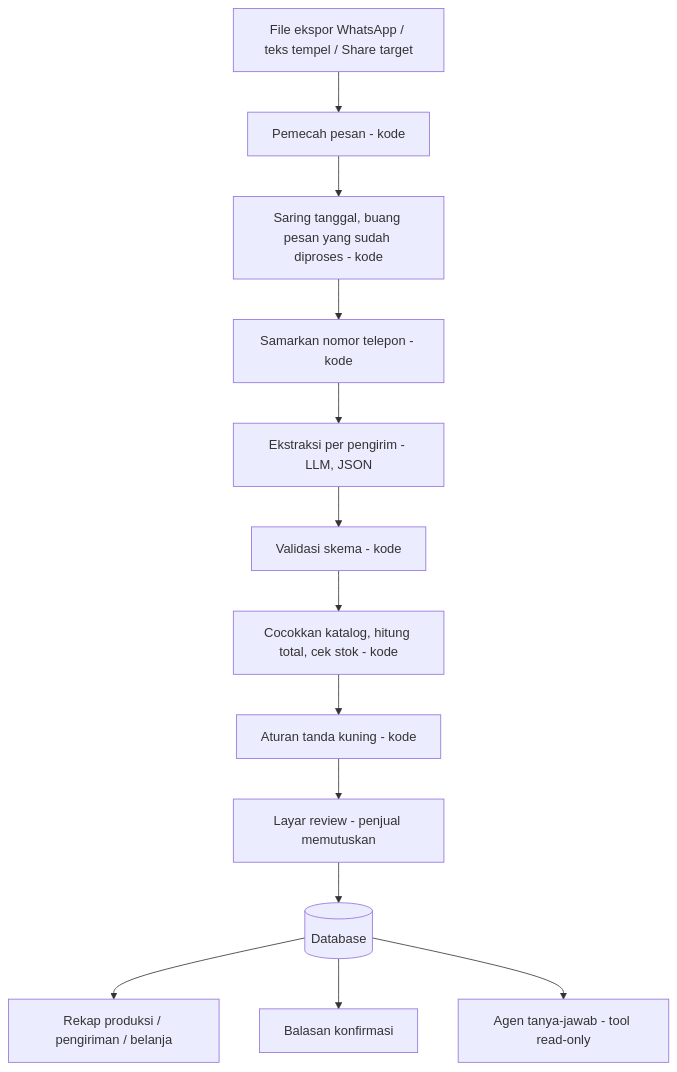
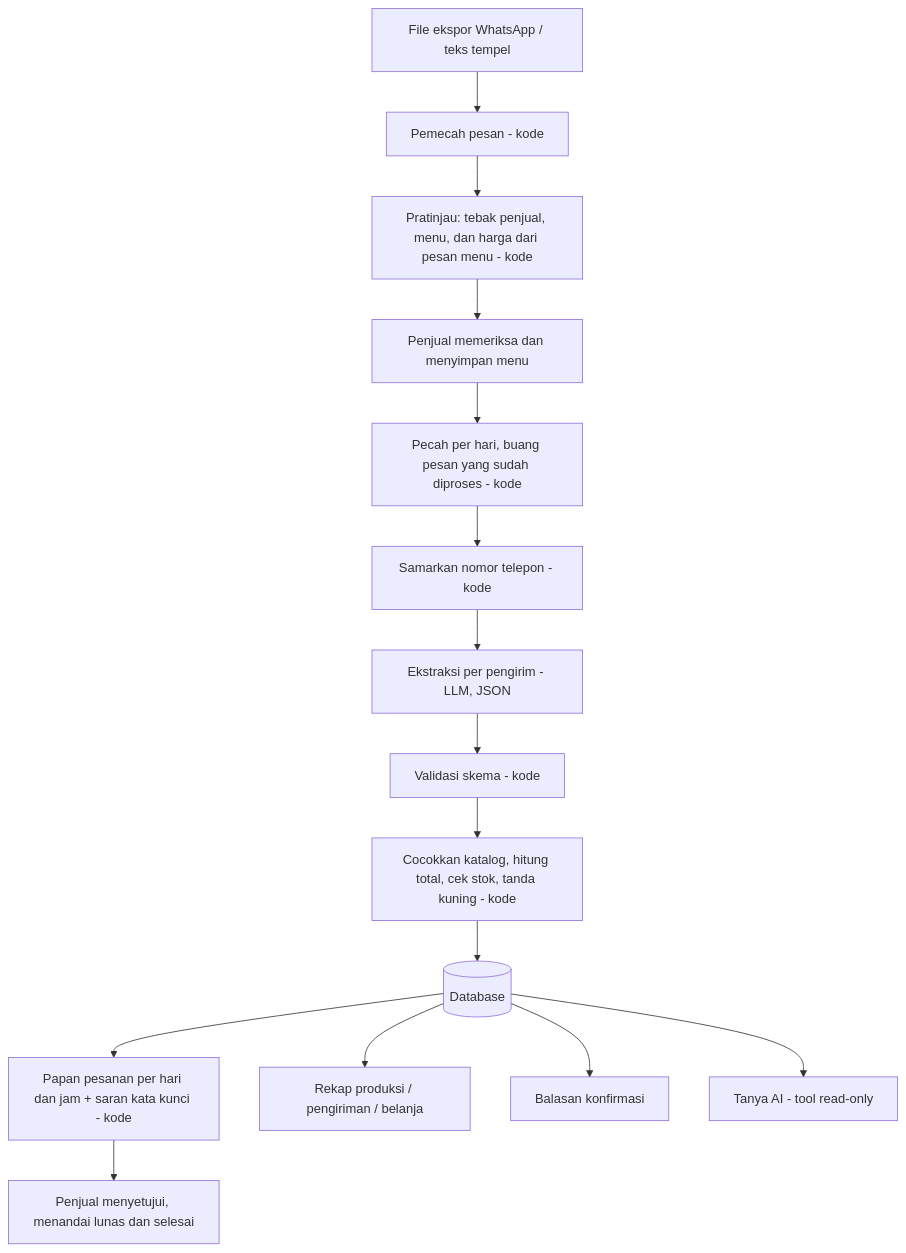
The diagram in README.md (Baswara06/Rekapesan), drawn with Mermaid before and after one commit. The commit also changed other lines of this file, not shown here.

````diff
--- a/README.md
+++ b/README.md
@@ -140,15 +165,17 @@
 ```mermaid
 flowchart TD
-    A[File ekspor WhatsApp / teks tempel / Share target] --> B[Pemecah pesan - kode]
-    B --> C[Saring tanggal, buang pesan yang sudah diproses - kode]
-    C --> D[Samarkan nomor telepon - kode]
-    D --> E[Ekstraksi per pengirim - LLM, JSON]
-    E --> F[Validasi skema - kode]
-    F --> G[Cocokkan katalog, hitung total, cek stok - kode]
-    G --> H[Aturan tanda kuning - kode]
-    H --> I[Layar review - penjual memutuskan]
+    A[File ekspor WhatsApp / teks tempel] --> B[Pemecah pesan - kode]
+    B --> C[Pratinjau: tebak penjual, menu, dan harga dari pesan menu - kode]
+    C --> D[Penjual memeriksa dan menyimpan menu]
+    D --> E[Pecah per hari, buang pesan yang sudah diproses - kode]
+    E --> F[Samarkan nomor telepon - kode]
+    F --> G[Ekstraksi per pengirim - LLM, JSON]
+    G --> H[Validasi skema - kode]
+    H --> I[Cocokkan katalog, hitung total, cek stok, tanda kuning - kode]
     I --> J[(Database)]
-    J --> K[Rekap produksi / pengiriman / belanja]
-    J --> L[Balasan konfirmasi]
-    J --> M[Agen tanya-jawab - tool read-only]
+    J --> K[Papan pesanan per hari dan jam + saran kata kunci - kode]
+    K --> L[Penjual menyetujui, menandai lunas dan selesai]
+    J --> M[Rekap produksi / pengiriman / belanja]
+    J --> N[Balasan konfirmasi]
+    J --> O[Tanya AI - tool read-only]
 ```
````
